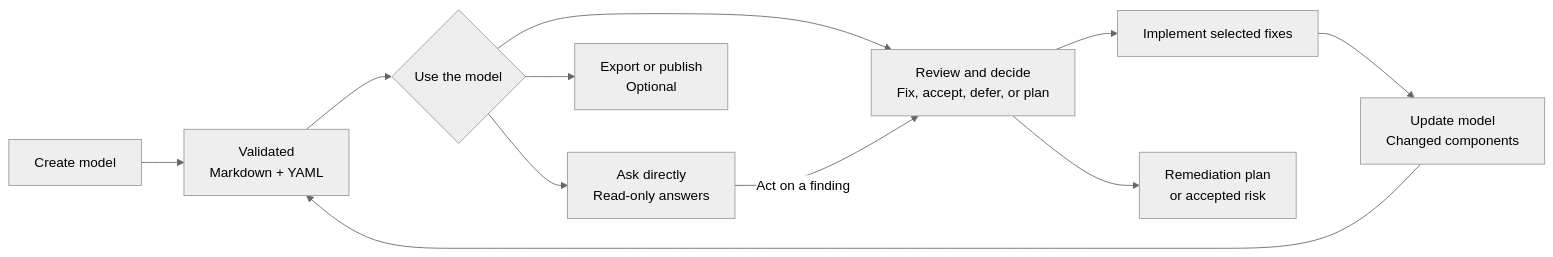
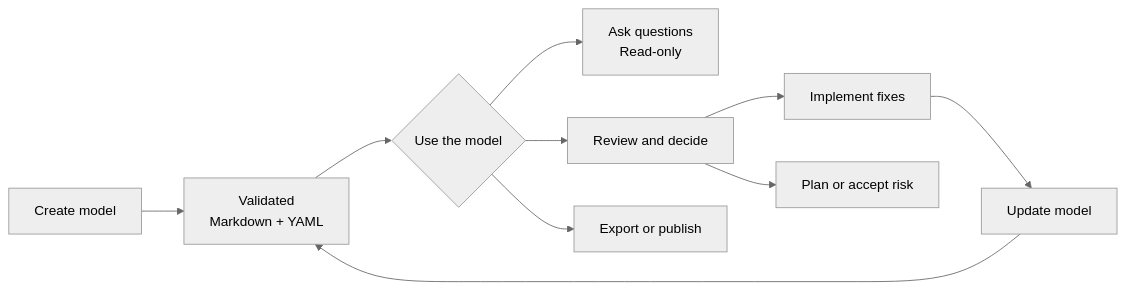
Before and after one commit to appsec-foundry/appsec-analyzer: the diagram in docs/threat-modeler.md, drawn with Mermaid (neutral theme). The commit also changed other lines of this file and 1 other file, not shown here.

````diff
--- a/docs/threat-modeler.md
+++ b/docs/threat-modeler.md
@@ -80,13 +61,12 @@
 ```mermaid
 flowchart LR
     create["Create model"] --> model["Validated<br/>Markdown + YAML"]
     model --> choose{"Use the model"}
-    choose --> ask["Ask directly<br/>Read-only answers"]
-    choose --> review["Review and decide<br/>Fix, accept, defer, or plan"]
-    choose --> share["Export or publish<br/>Optional"]
-    ask -->|Act on a finding| review
-    review --> change["Implement selected fixes"]
-    review --> plan["Remediation plan<br/>or accepted risk"]
-    change --> update["Update model<br/>Changed components"]
+    choose --> ask["Ask questions<br/>Read-only"]
+    choose --> review["Review and decide"]
+    choose --> share["Export or publish"]
+    review --> change["Implement fixes"]
+    review --> plan["Plan or accept risk"]
+    change --> update["Update model"]
     update --> model
 ```
````
